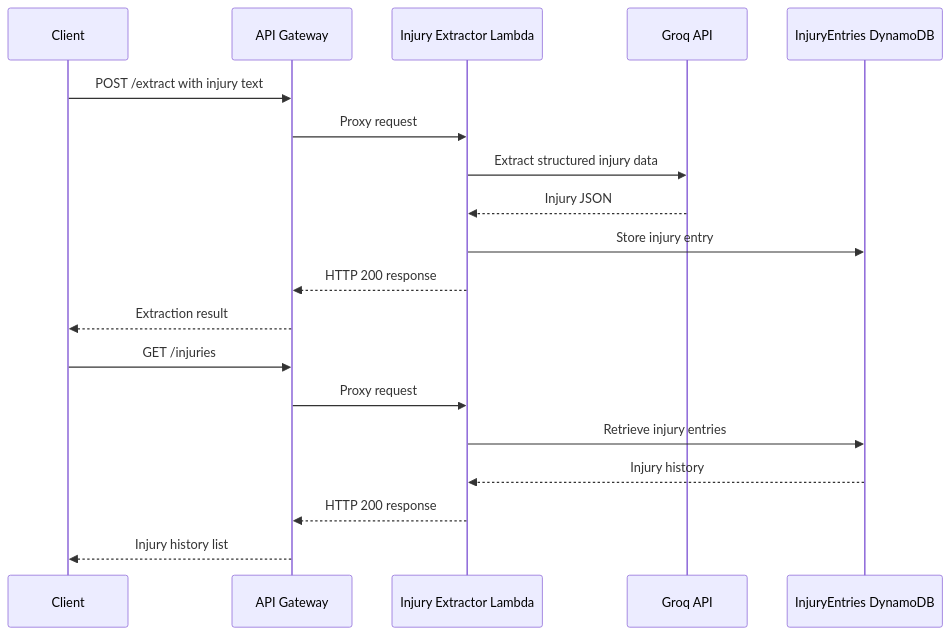
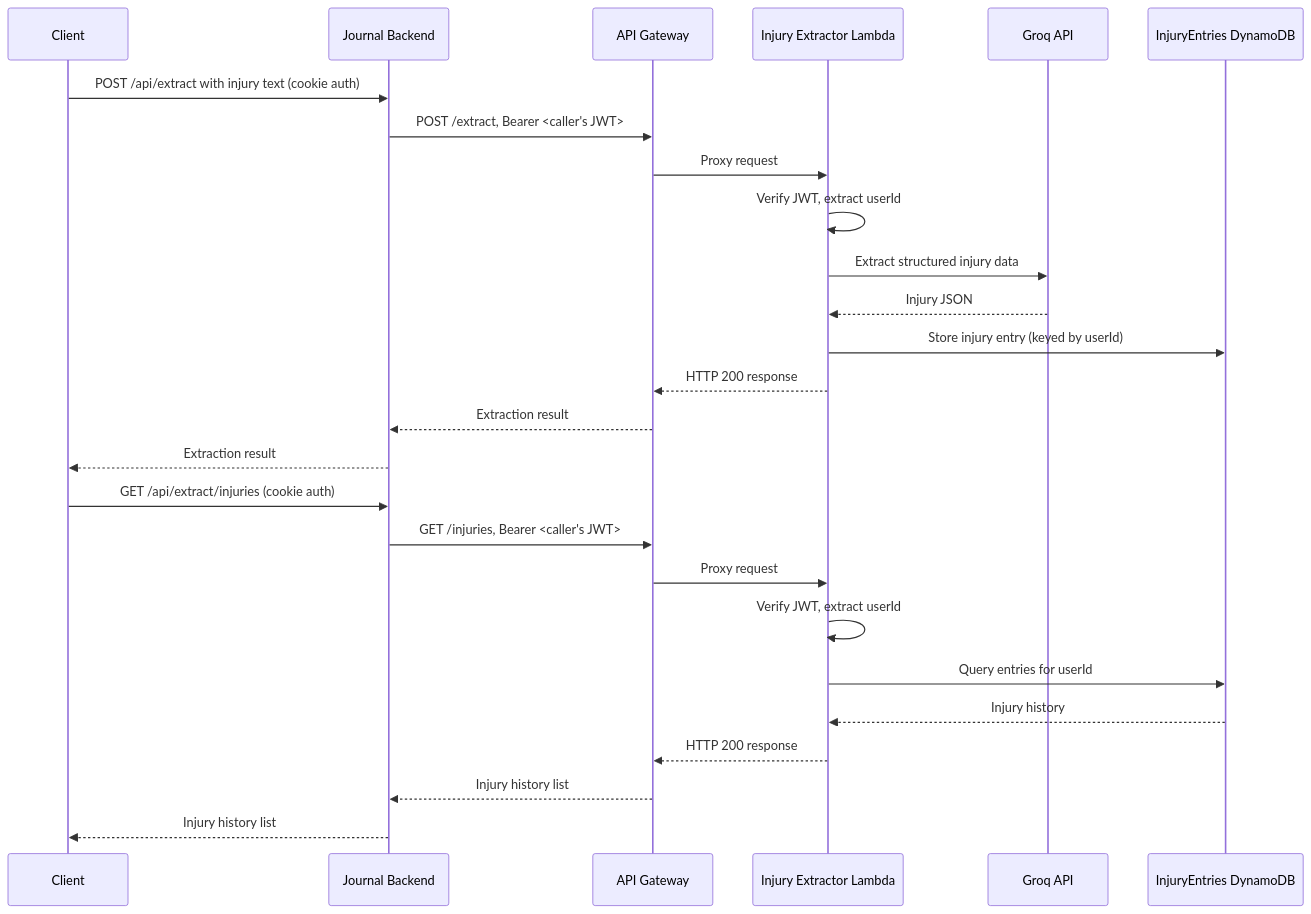
Before and after one commit to sabrahermassi/injury_journal: the diagram in ai-injury-extractor/README.md, drawn with Mermaid. The commit also changed other lines of this file and 18 other files, not shown here.

First line of the commit message:
fix: authenticate the extractor Lambda and scope it per user (#59) (#76)

````diff
--- a/ai-injury-extractor/README.md
+++ b/ai-injury-extractor/README.md
@@ -60,23 +62,30 @@
 ```mermaid
 sequenceDiagram
   participant Client
+  participant Journal Backend
   participant API Gateway
   participant Injury Extractor Lambda
   participant Groq API
   participant InjuryEntries DynamoDB
 
-  Client->>API Gateway: POST /extract with injury text
+  Client->>Journal Backend: POST /api/extract with injury text (cookie auth)
+  Journal Backend->>API Gateway: POST /extract, Bearer <caller's JWT>
   API Gateway->>Injury Extractor Lambda: Proxy request
+  Injury Extractor Lambda->>Injury Extractor Lambda: Verify JWT, extract userId
   Injury Extractor Lambda->>Groq API: Extract structured injury data
   Groq API-->>Injury Extractor Lambda: Injury JSON
-  Injury Extractor Lambda->>InjuryEntries DynamoDB: Store injury entry
+  Injury Extractor Lambda->>InjuryEntries DynamoDB: Store injury entry (keyed by userId)
   Injury Extractor Lambda-->>API Gateway: HTTP 200 response
-  API Gateway-->>Client: Extraction result
+  API Gateway-->>Journal Backend: Extraction result
+  Journal Backend-->>Client: Extraction result
 
-  Client->>API Gateway: GET /injuries
+  Client->>Journal Backend: GET /api/extract/injuries (cookie auth)
+  Journal Backend->>API Gateway: GET /injuries, Bearer <caller's JWT>
   API Gateway->>Injury Extractor Lambda: Proxy request
-  Injury Extractor Lambda->>InjuryEntries DynamoDB: Retrieve injury entries
+  Injury Extractor Lambda->>Injury Extractor Lambda: Verify JWT, extract userId
+  Injury Extractor Lambda->>InjuryEntries DynamoDB: Query entries for userId
   InjuryEntries DynamoDB-->>Injury Extractor Lambda: Injury history
   Injury Extractor Lambda-->>API Gateway: HTTP 200 response
-  API Gateway-->>Client: Injury history list
+  API Gateway-->>Journal Backend: Injury history list
+  Journal Backend-->>Client: Injury history list
 ```
````
